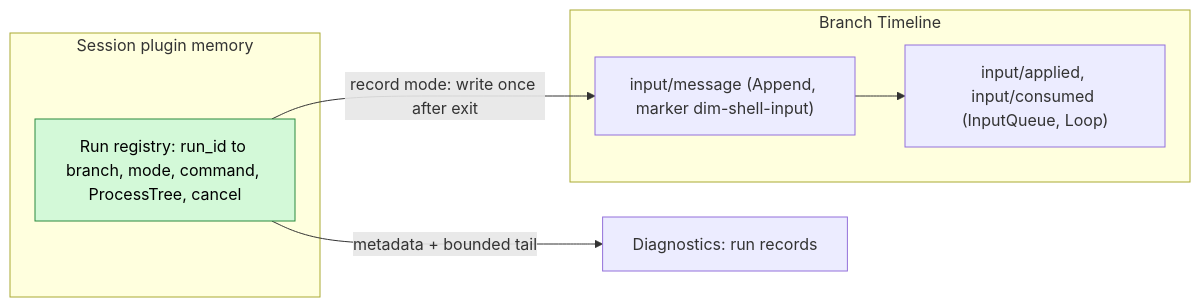
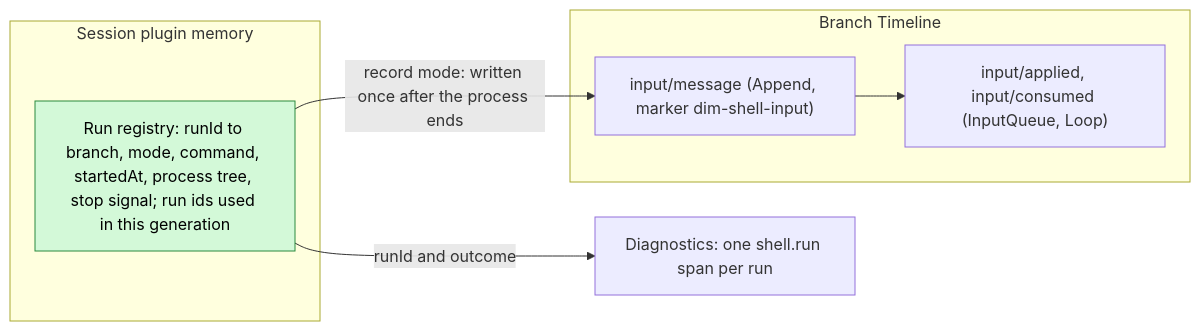
Before and after one commit to CoutinhoTTS/dim-agent: the second of 3 diagrams in docs/design/plugins/ShellInput.md, drawn with Mermaid. The commit also changed other lines of this file, not shown here.

````diff
--- a/docs/design/plugins/ShellInput.md
+++ b/docs/design/plugins/ShellInput.md
@@ -45,15 +50,15 @@
 ```mermaid
 flowchart LR
   subgraph MEM["Session plugin memory"]
-    RR["Run registry: run_id to branch, mode, command, ProcessTree, cancel"]:::new
+    RR["Run registry: runId to branch, mode, command, startedAt, process tree, stop signal; run ids used in this generation"]:::new
   end
   subgraph TL["Branch Timeline"]
     IM["input/message (Append, marker dim-shell-input)"]
     IA["input/applied, input/consumed (InputQueue, Loop)"]
   end
-  DG["Diagnostics: run records"]
-  RR -- "record mode: write once after exit" --> IM
+  DG["Diagnostics: one shell.run span per run"]
+  RR -- "record mode: written once after the process ends" --> IM
   IM --> IA
-  RR -- "metadata + bounded tail" --> DG
+  RR -- "runId and outcome" --> DG
   classDef new fill:#d3f9d8,stroke:#2b8a3e,color:#000
 ```
````
